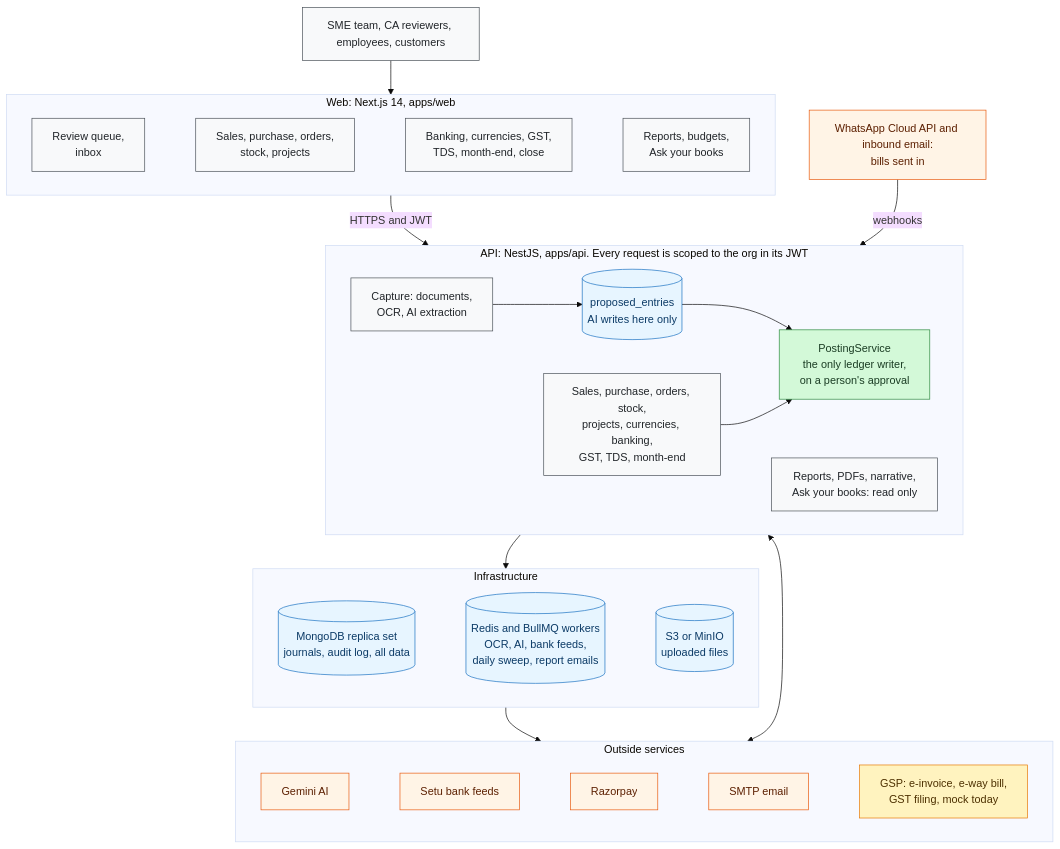
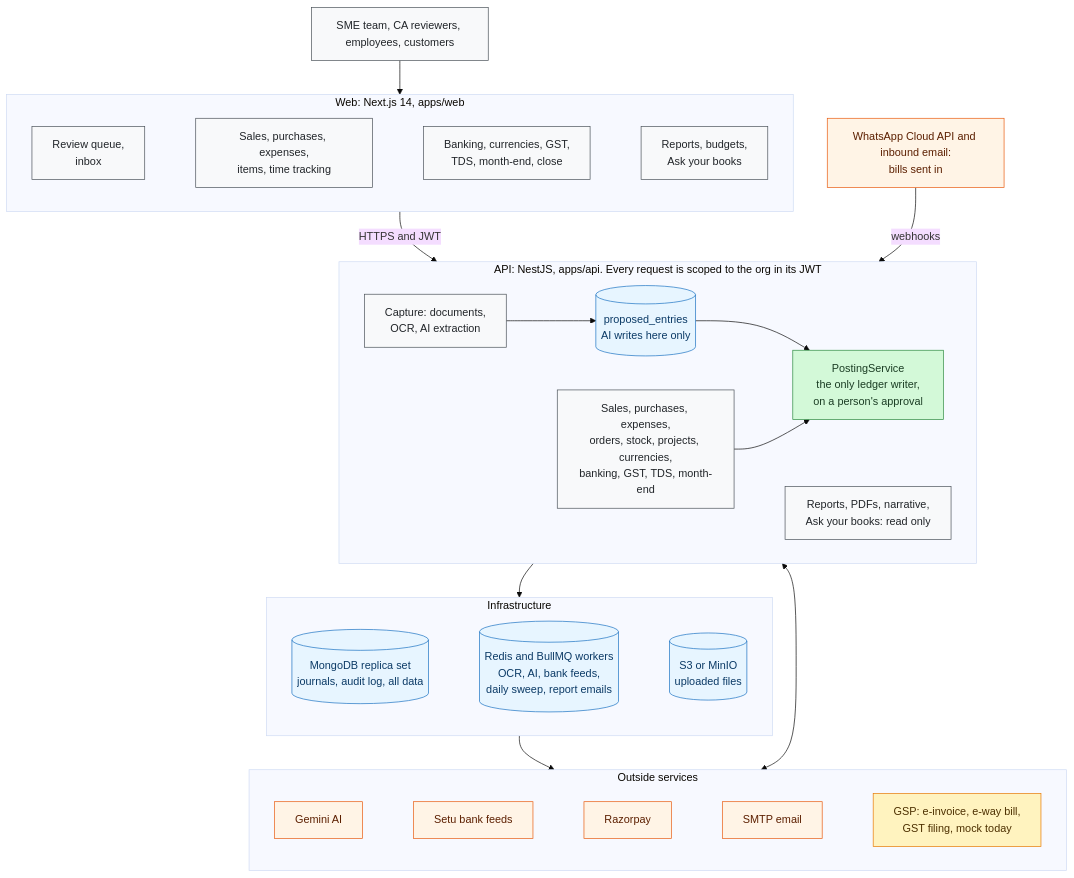
Before and after one commit to onewebmart/AccountingAI: the first of 2 diagrams in README.md, drawn with Mermaid (base theme). The commit also changed other lines of this file and 2 other files, not shown here.

First line of the commit message:
docs: the user guide, README and diagrams follow the new navigation and pages

````diff
--- a/README.md
+++ b/README.md
@@ -65,56 +66,56 @@
 ```mermaid
 flowchart TB
   classDef app fill:#F8F9FA,stroke:#495057,color:#212529
   classDef ledger fill:#D3F9D8,stroke:#2B8A3E,color:#1B3D24
   classDef store fill:#E7F5FF,stroke:#1971C2,color:#0B3A66
   classDef ext fill:#FFF4E6,stroke:#E8590C,color:#5C1F00
   classDef partly fill:#FFF3BF,stroke:#E67700,color:#4D3000
 
   users["SME team, CA reviewers, employees, customers"]:::app
   inbound["WhatsApp Cloud API and inbound email:<br/>bills sent in"]:::ext
 
   subgraph web["Web: Next.js 14, apps/web"]
     direction LR
     w1["Review queue,<br/>inbox"]:::app
-    w2["Sales, purchase, orders,<br/>stock, projects"]:::app
+    w2["Sales, purchases, expenses,<br/>items, time tracking"]:::app
     w3["Banking, currencies, GST,<br/>TDS, month-end, close"]:::app
     w4["Reports, budgets,<br/>Ask your books"]:::app
     w1 ~~~ w2 ~~~ w3 ~~~ w4
   end
 
   subgraph api["API: NestJS, apps/api. Every request is scoped to the org in its JWT"]
     direction LR
     capture["Capture: documents,<br/>OCR, AI extraction"]:::app
     proposals[("proposed_entries<br/>AI writes here only")]:::store
-    domain["Sales, purchase, orders, stock,<br/>projects, currencies, banking,<br/>GST, TDS, month-end"]:::app
+    domain["Sales, purchases, expenses,<br/>orders, stock, projects, currencies,<br/>banking, GST, TDS, month-end"]:::app
     posting["PostingService<br/>the only ledger writer,<br/>on a person's approval"]:::ledger
     reports["Reports, PDFs, narrative,<br/>Ask your books: read only"]:::app
     capture --> proposals --> posting
     domain --> posting
   end
 
   subgraph infra["Infrastructure"]
     direction LR
     mongo[("MongoDB replica set<br/>journals, audit log, all data")]:::store
     redis[("Redis and BullMQ workers<br/>OCR, AI, bank feeds,<br/>daily sweep, report emails")]:::store
     s3[("S3 or MinIO<br/>uploaded files")]:::store
     mongo ~~~ redis ~~~ s3
   end
 
   subgraph outside["Outside services"]
     direction LR
     gemini["Gemini AI"]:::ext
     setu["Setu bank feeds"]:::ext
     razorpay["Razorpay"]:::ext
     smtp["SMTP email"]:::ext
     gsp["GSP: e-invoice, e-way bill,<br/>GST filing, mock today"]:::partly
     gemini ~~~ setu ~~~ razorpay ~~~ smtp ~~~ gsp
   end
 
   users --> web
   web -->|"HTTPS and JWT"| api
   inbound -->|webhooks| api
   api --> infra
   infra --> outside
   api <--> outside
 ```
````
